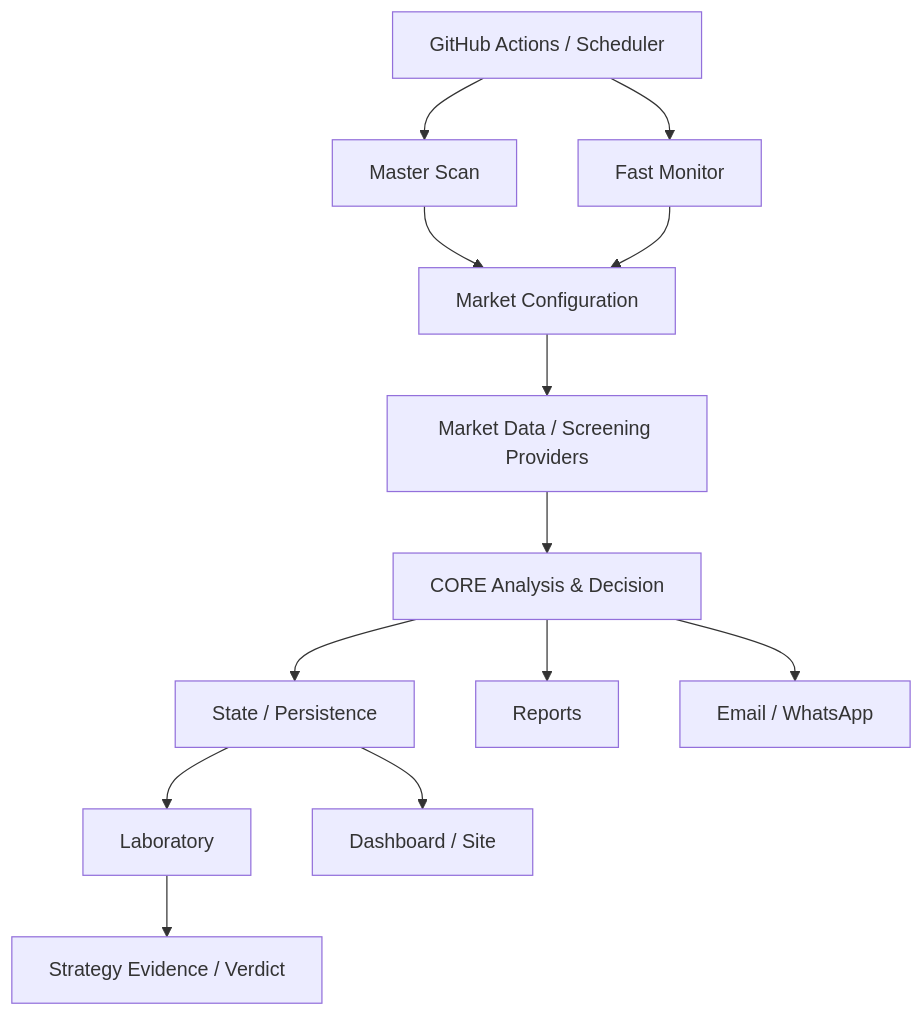
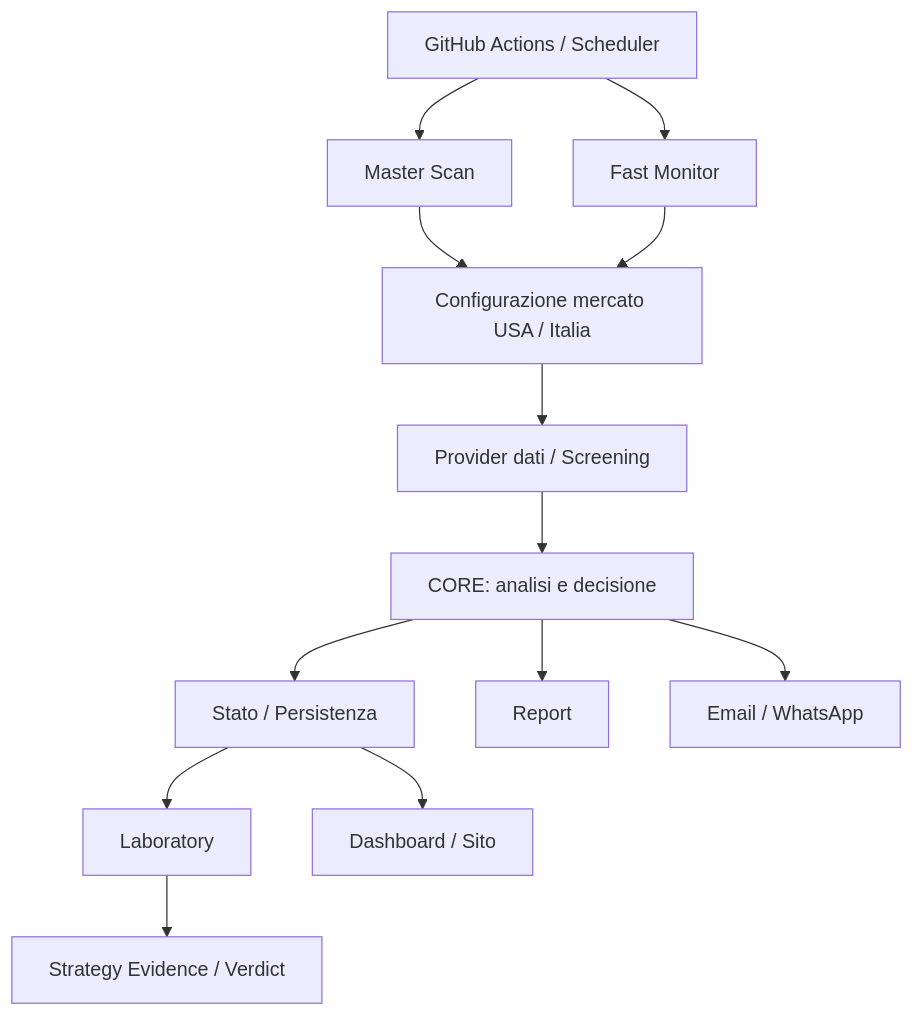
One commit to antoannali-ita/trading-engine-v2 changed the first of 2 diagrams in docs/README.md. Above: the diagram before and after it, drawn with Mermaid. The commit also changed other lines of this file and 2 other files, not shown here.

````diff
--- a/docs/README.md
+++ b/docs/README.md
@@ -44,15 +48,15 @@
 ```mermaid
 flowchart TB
     GH[GitHub Actions / Scheduler] --> MS[Master Scan]
     GH --> FM[Fast Monitor]
-    MS --> CFG[Market Configuration]
+    MS --> CFG[Configurazione mercato USA / Italia]
     FM --> CFG
-    CFG --> DATA[Market Data / Screening Providers]
-    DATA --> CORE[CORE Analysis & Decision]
-    CORE --> STATE[State / Persistence]
-    CORE --> REPORT[Reports]
+    CFG --> DATA[Provider dati / Screening]
+    DATA --> CORE[CORE: analisi e decisione]
+    CORE --> STATE[Stato / Persistenza]
+    CORE --> REPORT[Report]
     CORE --> NOTIFY[Email / WhatsApp]
     STATE --> LAB[Laboratory]
     LAB --> EVID[Strategy Evidence / Verdict]
-    STATE --> UI[Dashboard / Site]
+    STATE --> UI[Dashboard / Sito]
 ```
````
